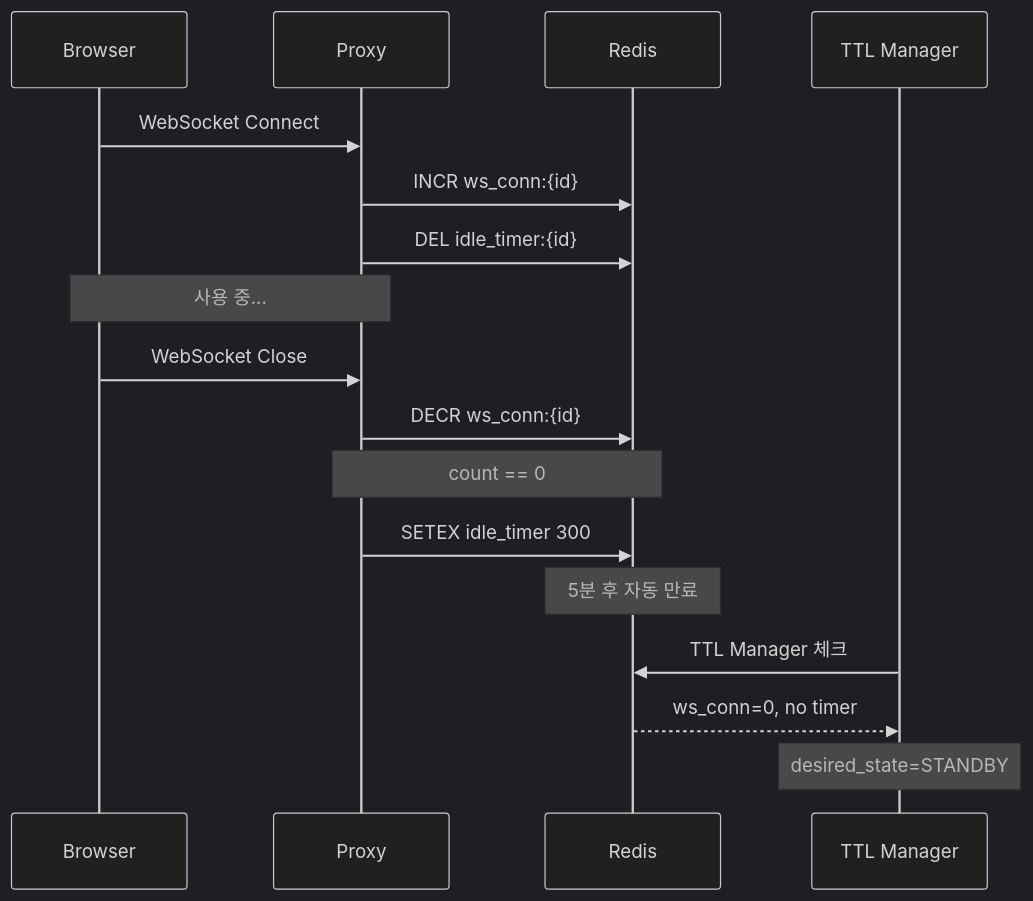
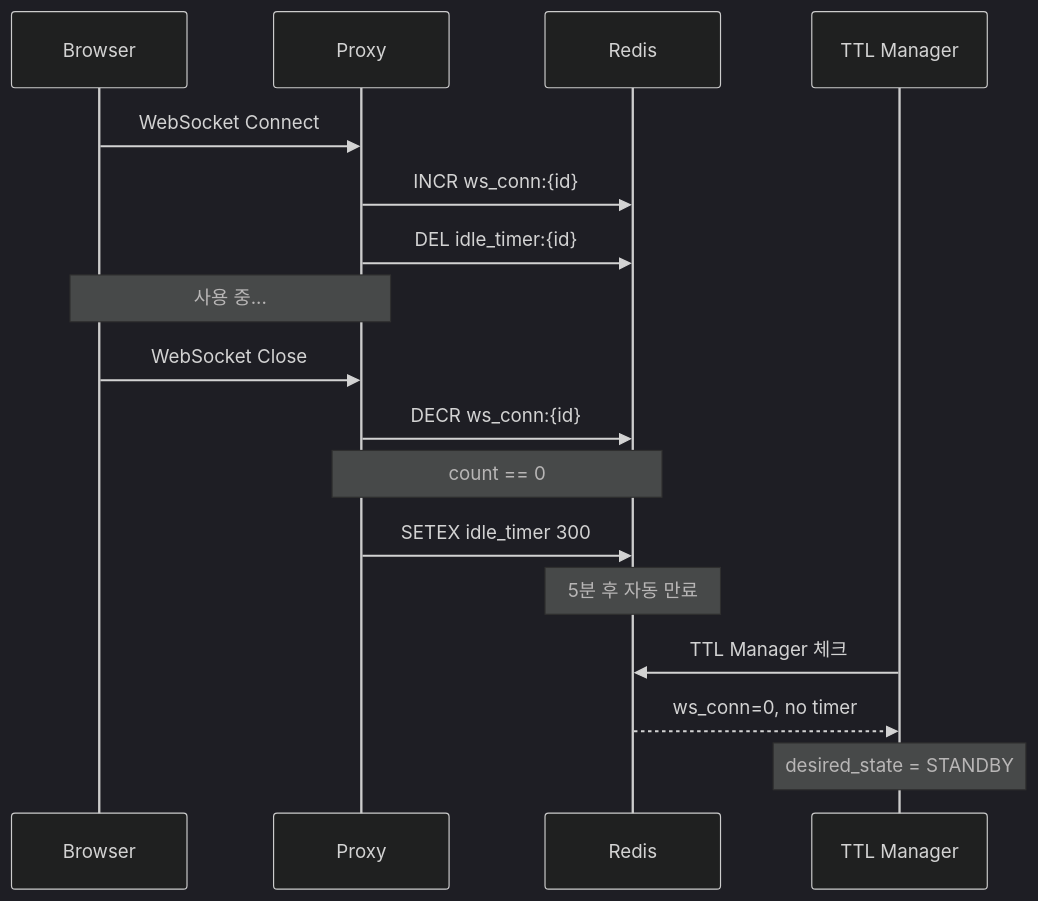
One commit to cagojeiger/code-hub changed the diagram in docs/spec_v2/components/ttl-manager.md. Above: the diagram before and after it, drawn with Mermaid (dark theme). The commit also changed other lines of this file and 14 other files, not shown here.

````diff
--- a/docs/spec_v2/components/ttl-manager.md
+++ b/docs/spec_v2/components/ttl-manager.md
@@ -153,26 +67,25 @@
 ```mermaid
 sequenceDiagram
     participant B as Browser
     participant P as Proxy
     participant R as Redis
     participant T as TTL Manager
 
     B->>P: WebSocket Connect
     P->>R: INCR ws_conn:{id}
     P->>R: DEL idle_timer:{id}
 
     Note over B,P: 사용 중...
 
     B->>P: WebSocket Close
     P->>R: DECR ws_conn:{id}
 
     Note over P,R: count == 0
     P->>R: SETEX idle_timer 300
 
     Note over R: 5분 후 자동 만료
 
     T->>R: TTL Manager 체크
     R-->>T: ws_conn=0, no timer
-
-    Note over T: desired_state=STANDBY
+    Note over T: desired_state = STANDBY
 ```
````
